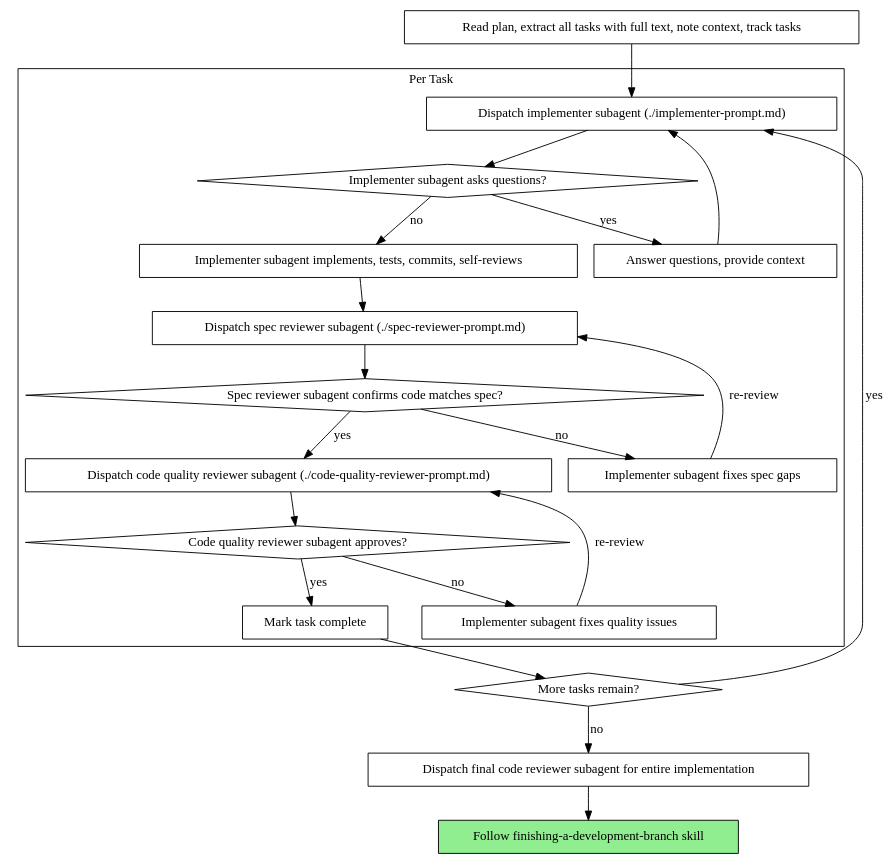
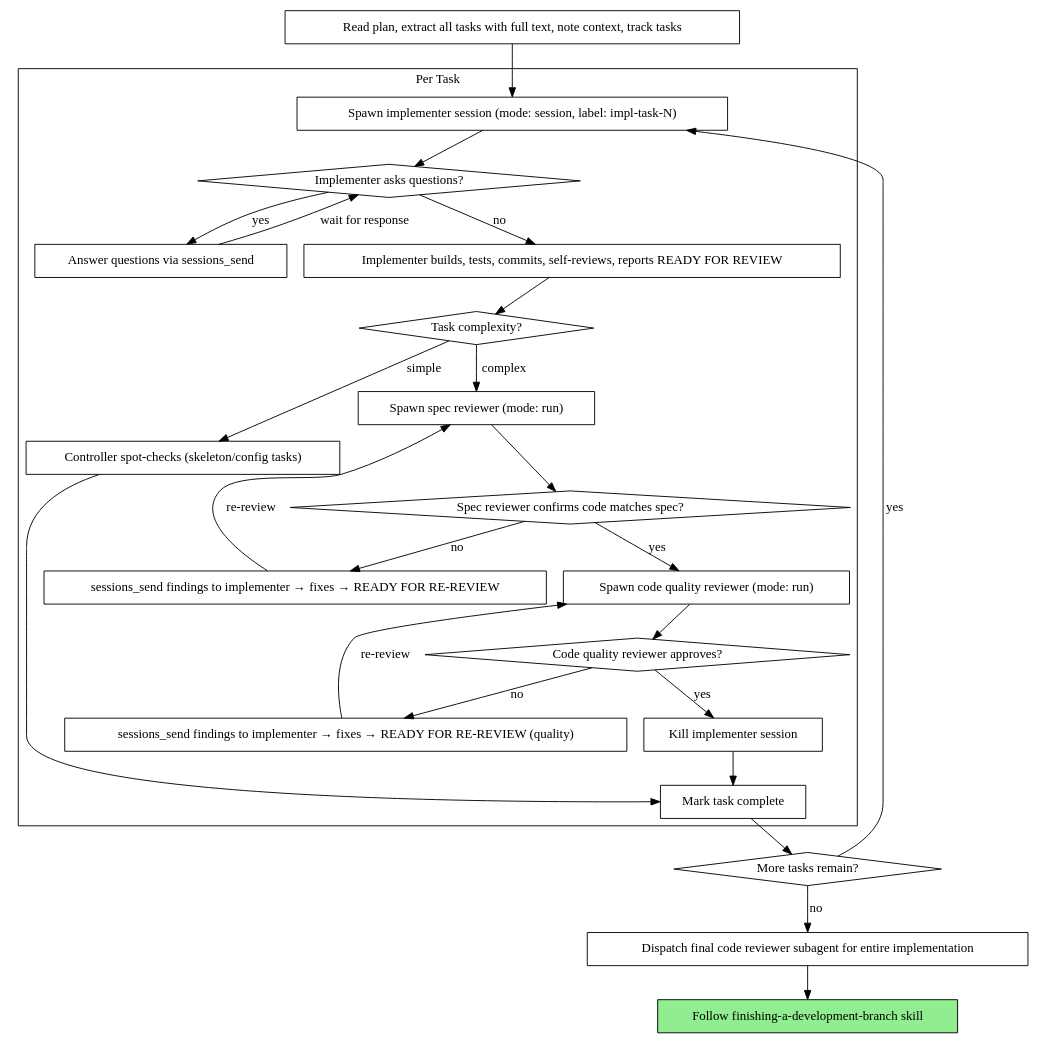
One commit to nicholasspencer/superpowers changed the second of 2 diagrams in skills/subagent-driven-development/SKILL.md. Above: the diagram before and after it, drawn with Graphviz. The commit also changed other lines of this file and 1 other file, not shown here.

First line of the commit message:
feat(subagent-dev): persistent implementer sessions with review handoff

````diff
--- a/skills/subagent-driven-development/SKILL.md
+++ b/skills/subagent-driven-development/SKILL.md
@@ -40,44 +40,51 @@
 ```dot
 digraph process {
     rankdir=TB;
 
     subgraph cluster_per_task {
         label="Per Task";
-        "Dispatch implementer subagent (./implementer-prompt.md)" [shape=box];
-        "Implementer subagent asks questions?" [shape=diamond];
-        "Answer questions, provide context" [shape=box];
-        "Implementer subagent implements, tests, commits, self-reviews" [shape=box];
-        "Dispatch spec reviewer subagent (./spec-reviewer-prompt.md)" [shape=box];
-        "Spec reviewer subagent confirms code matches spec?" [shape=diamond];
-        "Implementer subagent fixes spec gaps" [shape=box];
-        "Dispatch code quality reviewer subagent (./code-quality-reviewer-prompt.md)" [shape=box];
-        "Code quality reviewer subagent approves?" [shape=diamond];
-        "Implementer subagent fixes quality issues" [shape=box];
+        "Spawn implementer session (mode: session, label: impl-task-N)" [shape=box];
+        "Implementer asks questions?" [shape=diamond];
+        "Answer questions via sessions_send" [shape=box];
+        "Implementer builds, tests, commits, self-reviews, reports READY FOR REVIEW" [shape=box];
+        "Task complexity?" [shape=diamond];
+        "Controller spot-checks (skeleton/config tasks)" [shape=box];
+        "Spawn spec reviewer (mode: run)" [shape=box];
+        "Spec reviewer confirms code matches spec?" [shape=diamond];
+        "sessions_send findings to implementer → fixes → READY FOR RE-REVIEW" [shape=box];
+        "Spawn code quality reviewer (mode: run)" [shape=box];
+        "Code quality reviewer approves?" [shape=diamond];
+        "sessions_send findings to implementer → fixes → READY FOR RE-REVIEW (quality)" [shape=box];
+        "Kill implementer session" [shape=box];
         "Mark task complete" [shape=box];
     }
 
     "Read plan, extract all tasks with full text, note context, track tasks" [shape=box];
     "More tasks remain?" [shape=diamond];
     "Dispatch final code reviewer subagent for entire implementation" [shape=box];
     "Follow finishing-a-development-branch skill" [shape=box style=filled fillcolor=lightgreen];
 
-    "Read plan, extract all tasks with full text, note context, track tasks" -> "Dispatch implementer subagent (./implementer-prompt.md)";
-    "Dispatch implementer subagent (./implementer-prompt.md)" -> "Implementer subagent asks questions?";
-    "Implementer subagent asks questions?" -> "Answer questions, provide context" [label="yes"];
-    "Answer questions, provide context" -> "Dispatch implementer subagent (./implementer-prompt.md)";
-    "Implementer subagent asks questions?" -> "Implementer subagent implements, tests, commits, self-reviews" [label="no"];
-    "Implementer subagent implements, tests, commits, self-reviews" -> "Dispatch spec reviewer subagent (./spec-reviewer-prompt.md)";
-    "Dispatch spec reviewer subagent (./spec-reviewer-prompt.md)" -> "Spec reviewer subagent confirms code matches spec?";
-    "Spec reviewer subagent confirms code matches spec?" -> "Implementer subagent fixes spec gaps" [label="no"];
-    "Implementer subagent fixes spec gaps" -> "Dispatch spec reviewer subagent (./spec-reviewer-prompt.md)" [label="re-review"];
-    "Spec reviewer subagent confirms code matches spec?" -> "Dispatch code quality reviewer subagent (./code-quality-reviewer-prompt.md)" [label="yes"];
-    "Dispatch code quality reviewer subagent (./code-quality-reviewer-prompt.md)" -> "Code quality reviewer subagent approves?";
-    "Code quality reviewer subagent approves?" -> "Implementer subagent fixes quality issues" [label="no"];
-    "Implementer subagent fixes quality issues" -> "Dispatch code quality reviewer subagent (./code-quality-reviewer-prompt.md)" [label="re-review"];
-    "Code quality reviewer subagent approves?" -> "Mark task complete" [label="yes"];
+    "Read plan, extract all tasks with full text, note context, track tasks" -> "Spawn implementer session (mode: session, label: impl-task-N)";
+    "Spawn implementer session (mode: session, label: impl-task-N)" -> "Implementer asks questions?";
+    "Implementer asks questions?" -> "Answer questions via sessions_send" [label="yes"];
+    "Answer questions via sessions_send" -> "Implementer asks questions?" [label="wait for response"];
+    "Implementer asks questions?" -> "Implementer builds, tests, commits, self-reviews, reports READY FOR REVIEW" [label="no"];
+    "Implementer builds, tests, commits, self-reviews, reports READY FOR REVIEW" -> "Task complexity?";
+    "Task complexity?" -> "Controller spot-checks (skeleton/config tasks)" [label="simple"];
+    "Task complexity?" -> "Spawn spec reviewer (mode: run)" [label="complex"];
+    "Controller spot-checks (skeleton/config tasks)" -> "Mark task complete";
+    "Spawn spec reviewer (mode: run)" -> "Spec reviewer confirms code matches spec?";
+    "Spec reviewer confirms code matches spec?" -> "sessions_send findings to implementer → fixes → READY FOR RE-REVIEW" [label="no"];
+    "sessions_send findings to implementer → fixes → READY FOR RE-REVIEW" -> "Spawn spec reviewer (mode: run)" [label="re-review"];
+    "Spec reviewer confirms code matches spec?" -> "Spawn code quality reviewer (mode: run)" [label="yes"];
+    "Spawn code quality reviewer (mode: run)" -> "Code quality reviewer approves?";
+    "Code quality reviewer approves?" -> "sessions_send findings to implementer → fixes → READY FOR RE-REVIEW (quality)" [label="no"];
+    "sessions_send findings to implementer → fixes → READY FOR RE-REVIEW (quality)" -> "Spawn code quality reviewer (mode: run)" [label="re-review"];
+    "Code quality reviewer approves?" -> "Kill implementer session" [label="yes"];
+    "Kill implementer session" -> "Mark task complete";
     "Mark task complete" -> "More tasks remain?";
-    "More tasks remain?" -> "Dispatch implementer subagent (./implementer-prompt.md)" [label="yes"];
+    "More tasks remain?" -> "Spawn implementer session (mode: session, label: impl-task-N)" [label="yes"];
     "More tasks remain?" -> "Dispatch final code reviewer subagent for entire implementation" [label="no"];
     "Dispatch final code reviewer subagent for entire implementation" -> "Follow finishing-a-development-branch skill";
 }
 ```
````
